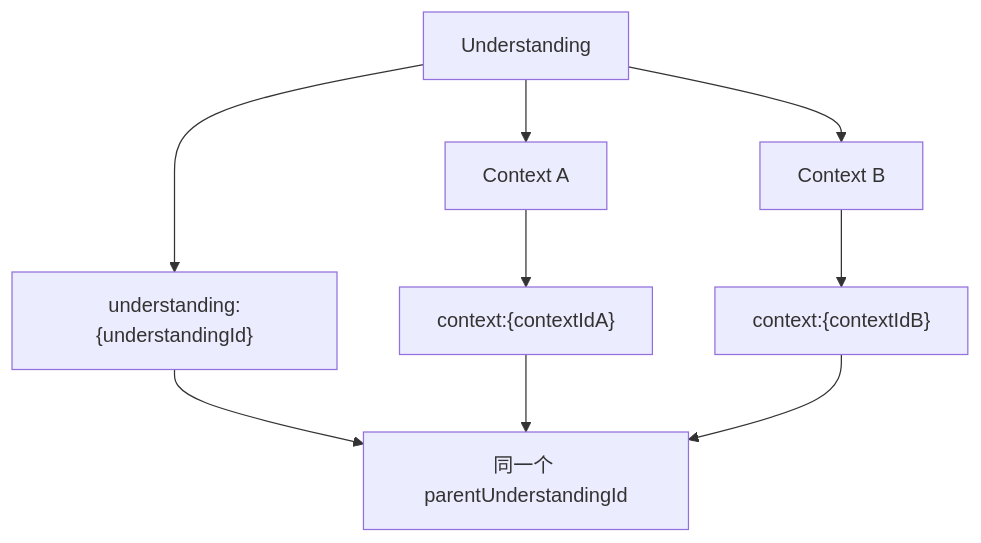
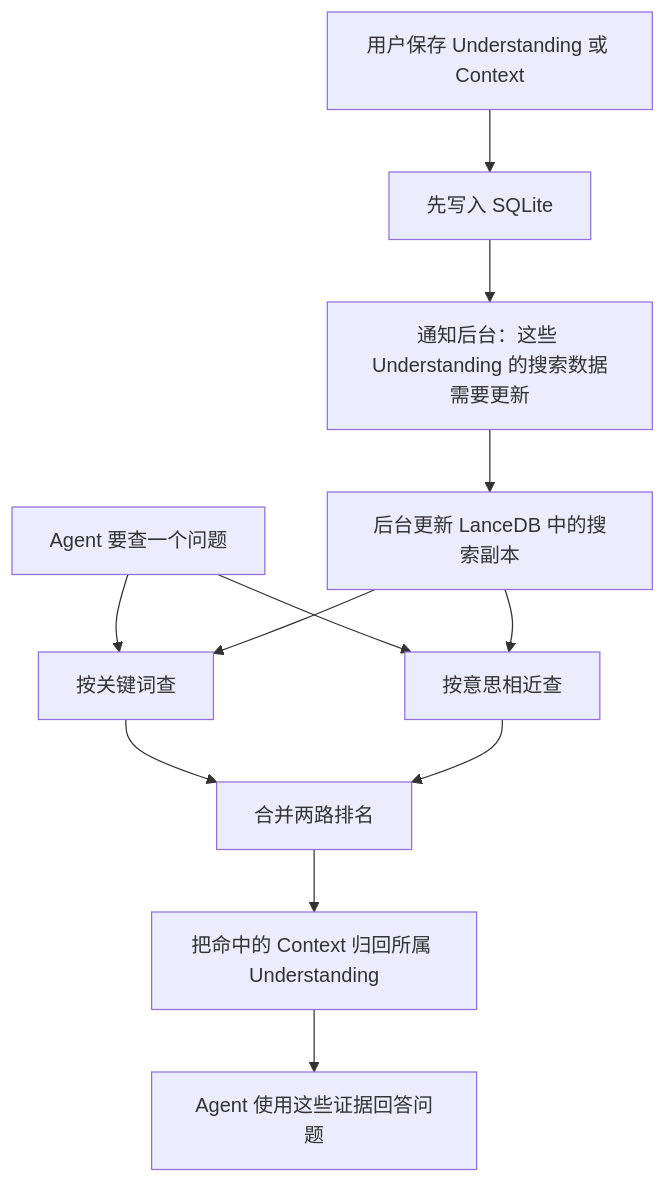
Before and after one commit to Floribunda1/reflecta: the first of 2 diagrams in docs/references/technical/rag.md, drawn with Mermaid. The commit also changed other lines of this file and 1 other file, not shown here.

````diff
--- a/docs/references/technical/rag.md
+++ b/docs/references/technical/rag.md
@@ -46,11 +12,15 @@
 ```mermaid
 flowchart TD
-    U["Understanding"] --> UD["understanding:{understandingId}"]
-    U --> C1["Context A"]
-    U --> C2["Context B"]
-    C1 --> CD1["context:{contextIdA}"]
-    C2 --> CD2["context:{contextIdB}"]
-    UD --> P["同一个 parentUnderstandingId"]
-    CD1 --> P
-    CD2 --> P
+    Save["用户保存 Understanding 或 Context"] --> DB["先写入 SQLite"]
+    DB --> Queue["通知后台：这些 Understanding 的搜索数据需要更新"]
+    Queue --> SearchCopy["后台更新 LanceDB 中的搜索副本"]
+
+    Question["Agent 要查一个问题"] --> Keyword["按关键词查"]
+    Question --> Meaning["按意思相近查"]
+    SearchCopy --> Keyword
+    SearchCopy --> Meaning
+    Keyword --> Combine["合并两路排名"]
+    Meaning --> Combine
+    Combine --> Group["把命中的 Context 归回所属 Understanding"]
+    Group --> Agent["Agent 使用这些证据回答问题"]
 ```
````
